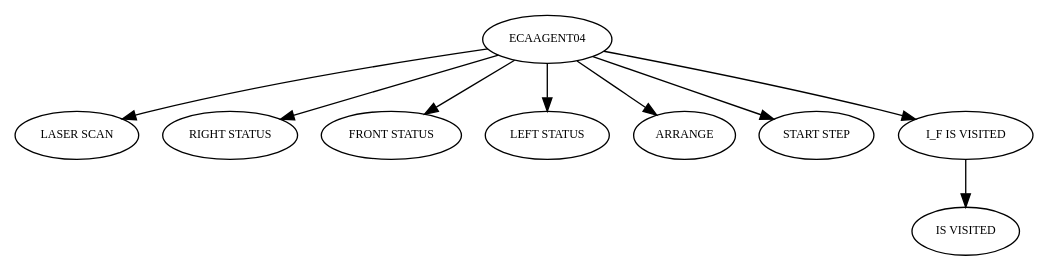
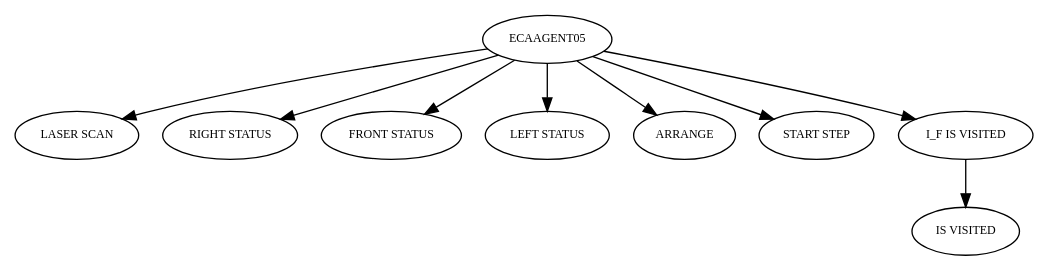
One commit to jescasany/adaptor001 changed the diagram in tree04.dot. Above: the diagram before and after it, drawn with Graphviz. The commit also changed 7 other files, not shown here.

Commit message:
changes in plotting graphics of filtered readings and in autolab environment bitmap

```diff
--- a/tree04.dot
+++ b/tree04.dot
@@ -1,17 +1,17 @@
 strict digraph  {
 	graph [bgcolor=white,
 		ordering=out,
 		rotate=0
 	];
 	node [color=black,
 		fontsize=9
 	];
-	ECAAGENT04 -> "LASER SCAN";
-	ECAAGENT04 -> "RIGHT STATUS";
-	ECAAGENT04 -> "FRONT STATUS";
-	ECAAGENT04 -> "LEFT STATUS";
-	ECAAGENT04 -> ARRANGE;
-	ECAAGENT04 -> "START STEP";
-	ECAAGENT04 -> "I_F IS VISITED";
+	ECAAGENT05 -> "LASER SCAN";
+	ECAAGENT05 -> "RIGHT STATUS";
+	ECAAGENT05 -> "FRONT STATUS";
+	ECAAGENT05 -> "LEFT STATUS";
+	ECAAGENT05 -> ARRANGE;
+	ECAAGENT05 -> "START STEP";
+	ECAAGENT05 -> "I_F IS VISITED";
 	"I_F IS VISITED" -> "IS VISITED";
 }
```
